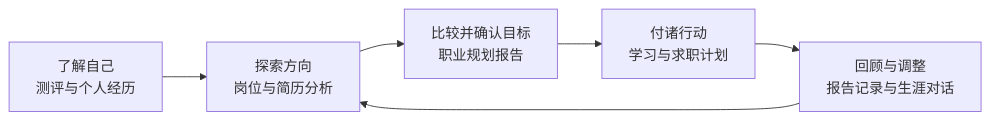
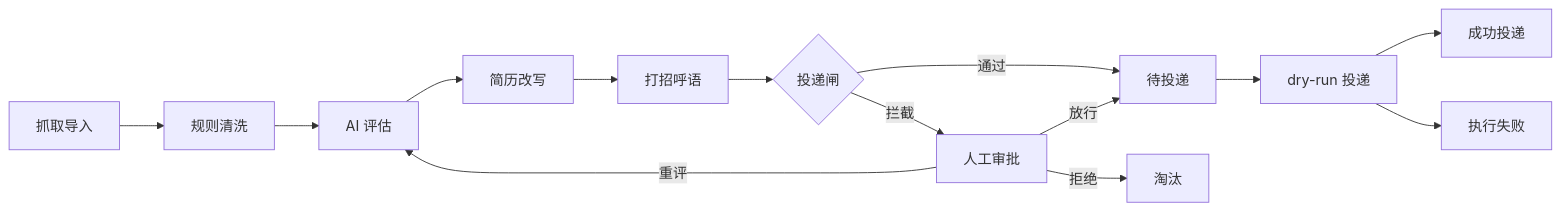
One commit to hankwang712/Career-Planning changed the first of 3 diagrams in README.md. Above: the diagram before and after it, drawn with Mermaid. The commit also changed other lines of this file and 26 other files, not shown here.

Commit message:
docs: 精简 README 并更新页面展示截图

````diff
--- a/README.md
+++ b/README.md
@@ -42,8 +30,13 @@
 ```mermaid
 flowchart LR
-    A[了解自己<br/>测评与个人经历] --> B[探索方向<br/>岗位与简历分析]
-    B --> C[比较并确认目标<br/>职业规划报告]
-    C --> D[付诸行动<br/>学习与求职计划]
-    D --> E[回顾与调整<br/>报告记录与生涯对话]
-    E --> B
+    A[抓取导入] --> B[规则清洗] --> C[AI 评估] --> D[简历改写] --> E[打招呼语]
+    E --> F{投递闸}
+    F -->|通过| G[待投递]
+    F -->|拦截| H[人工审批]
+    H -->|拒绝| X[淘汰]
+    H -->|重评| C
+    H -->|放行| G
+    G --> I[dry-run 投递]
+    I --> J[成功投递]
+    I --> K[执行失败]
 ```
````
